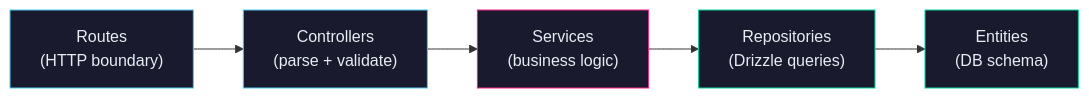
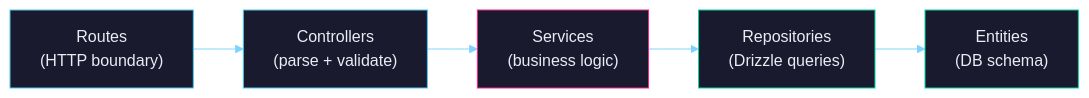
One commit to jeremienunez/thalamus-usecase-ssa- changed diagram 14 of 15 in README.md. Above: the diagram before and after it, drawn with Mermaid. The commit also changed other lines of this file and 9 other files, not shown here.

````diff
--- a/README.md
+++ b/README.md
@@ -810,15 +669,17 @@
 ```mermaid
+%%{init: {'theme':'base','themeVariables':{'background':'#0b0f17','primaryColor':'#11182a','primaryTextColor':'#e6edf3','primaryBorderColor':'#4cc9f0','secondaryColor':'#1a2033','tertiaryColor':'#141a28','secondaryTextColor':'#e6edf3','tertiaryTextColor':'#e6edf3','noteTextColor':'#e6edf3','noteBkgColor':'#1a2033','noteBorderColor':'#4cc9f0','lineColor':'#7dd3fc','textColor':'#e6edf3','mainBkg':'#11182a','secondBkg':'#1a2033','clusterBkg':'#0d1320','clusterBorder':'#4cc9f0','titleColor':'#e6edf3','edgeLabelBackground':'#0b0f17','labelBoxBkgColor':'#11182a','labelBoxBorderColor':'#4cc9f0','labelTextColor':'#e6edf3','actorBkg':'#11182a','actorBorder':'#4cc9f0','actorTextColor':'#e6edf3','actorLineColor':'#7dd3fc','signalColor':'#e6edf3','signalTextColor':'#e6edf3','activationBkgColor':'#1a2033','activationBorderColor':'#4cc9f0','sequenceNumberColor':'#0b0f17','classText':'#e6edf3'}}}%%
 flowchart LR
-    Routes["Routes\n(HTTP boundary)"] --> Controllers["Controllers\n(parse + validate)"]
-    Controllers --> Services["Services\n(business logic)"]
-    Services --> Repositories["Repositories\n(Drizzle queries)"]
-    Repositories --> Entities["Entities\n(DB schema)"]
+    classDef default fill:#11182a,stroke:#4cc9f0,stroke-width:1px,color:#e6edf3;
+    Routes["Routes<br/>(HTTP boundary)"] --> Controllers["Controllers<br/>(parse + validate)"]
+    Controllers --> Services["Services<br/>(business logic)"]
+    Services --> Repositories["Repositories<br/>(Drizzle queries)"]
+    Repositories --> Entities["Entities<br/>(DB schema)"]
 
     classDef boundary fill:#1a1a2e,stroke:#4cc9f0,color:#e6edf3
     classDef logic fill:#1a1a2e,stroke:#f72585,color:#e6edf3
     classDef data fill:#1a1a2e,stroke:#06d6a0,color:#e6edf3
 
     class Routes,Controllers boundary
     class Services logic
     class Repositories,Entities data
 ```
````
